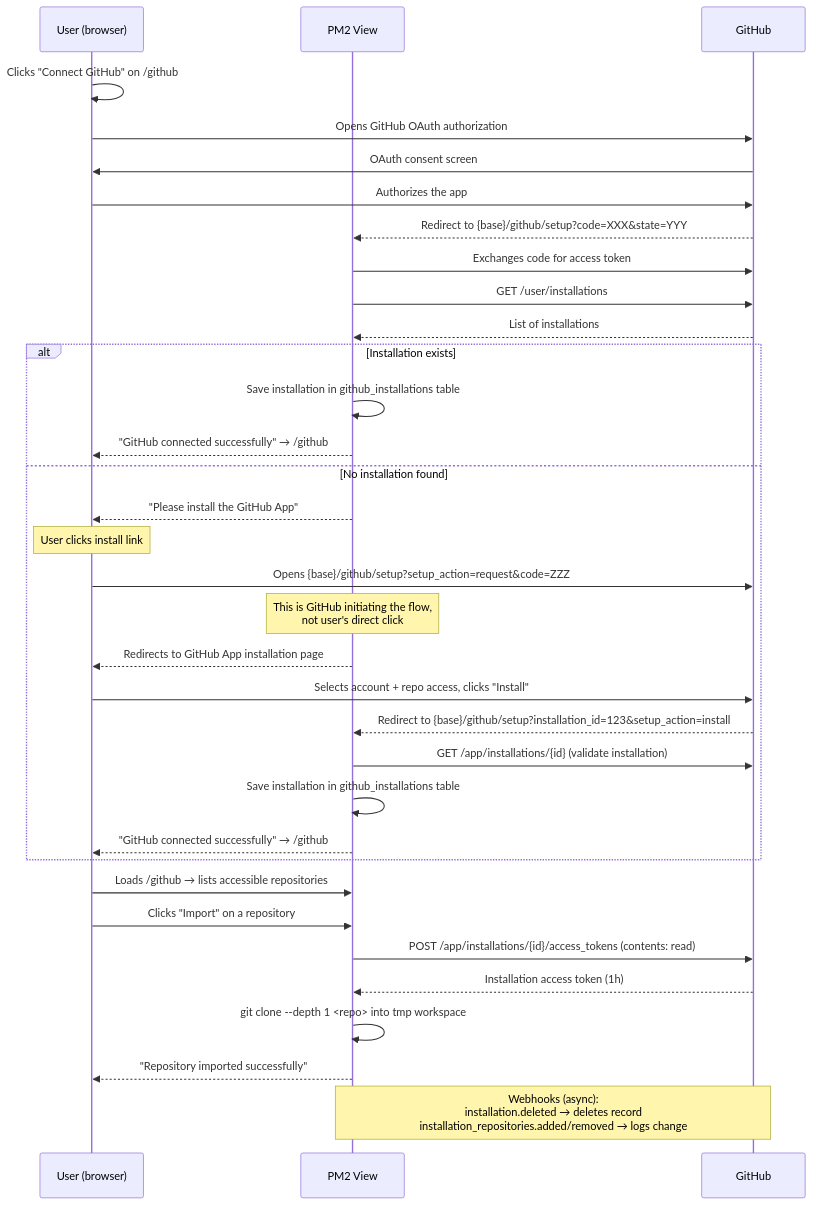
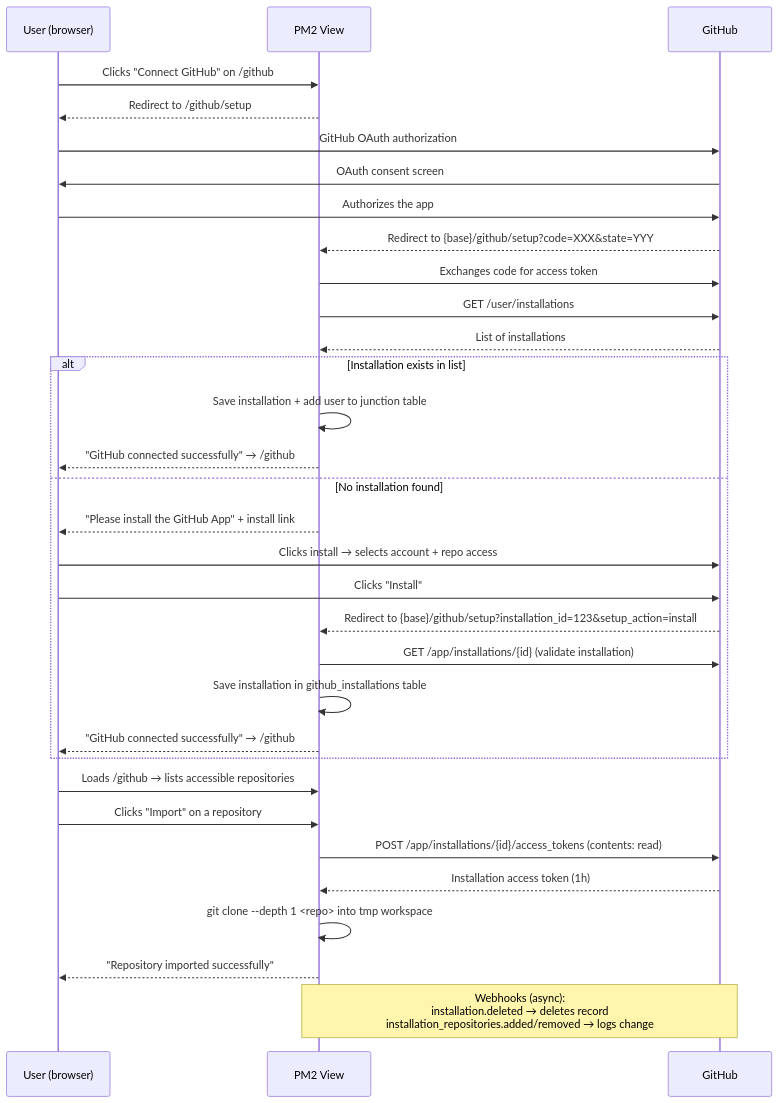
The diagram in docs/github-integration.md (programadorisgod/pm2-view), drawn with Mermaid before and after one commit. The commit also changed other lines of this file, not shown here.

First line of the commit message:
docs: update GitHub integration guide to reflect OAuth-first flow

````diff
--- a/docs/github-integration.md
+++ b/docs/github-integration.md
@@ -18,37 +18,35 @@
 ```mermaid
 sequenceDiagram
     participant U as User (browser)
     participant A as PM2 View
     participant G as GitHub
 
-    U->>U: Clicks "Connect GitHub" on /github
-    U->>G: Opens GitHub OAuth authorization
+    U->>A: Clicks "Connect GitHub" on /github
+    A-->>U: Redirect to /github/setup
+    U->>G: GitHub OAuth authorization
     G->>U: OAuth consent screen
     U->>G: Authorizes the app
     G-->>A: Redirect to {base}/github/setup?code=XXX&state=YYY
     A->>G: Exchanges code for access token
     A->>G: GET /user/installations
     G-->>A: List of installations
-    alt Installation exists
-        A->>A: Save installation in github_installations table
+    alt Installation exists in list
+        A->>A: Save installation + add user to junction table
         A-->>U: "GitHub connected successfully" → /github
     else No installation found
-        A-->>U: "Please install the GitHub App"
-        Note over U: User clicks install link
-        U->>G: Opens {base}/github/setup?setup_action=request&code=ZZZ
-        Note over A: This is GitHub initiating the flow,<br/>not user's direct click
-        A-->>U: Redirects to GitHub App installation page
-        U->>G: Selects account + repo access, clicks "Install"
+        A-->>U: "Please install the GitHub App" + install link
+        U->>G: Clicks install → selects account + repo access
+        U->>G: Clicks "Install"
         G-->>A: Redirect to {base}/github/setup?installation_id=123&setup_action=install
         A->>G: GET /app/installations/{id} (validate installation)
         A->>A: Save installation in github_installations table
         A-->>U: "GitHub connected successfully" → /github
     end
     U->>A: Loads /github → lists accessible repositories
     U->>A: Clicks "Import" on a repository
     A->>G: POST /app/installations/{id}/access_tokens (contents: read)
     G-->>A: Installation access token (1h)
     A->>A: git clone --depth 1 <repo> into tmp workspace
     A-->>U: "Repository imported successfully"
     Note over A,G: Webhooks (async):<br/>installation.deleted → deletes record<br/>installation_repositories.added/removed → logs change
 ```
````
